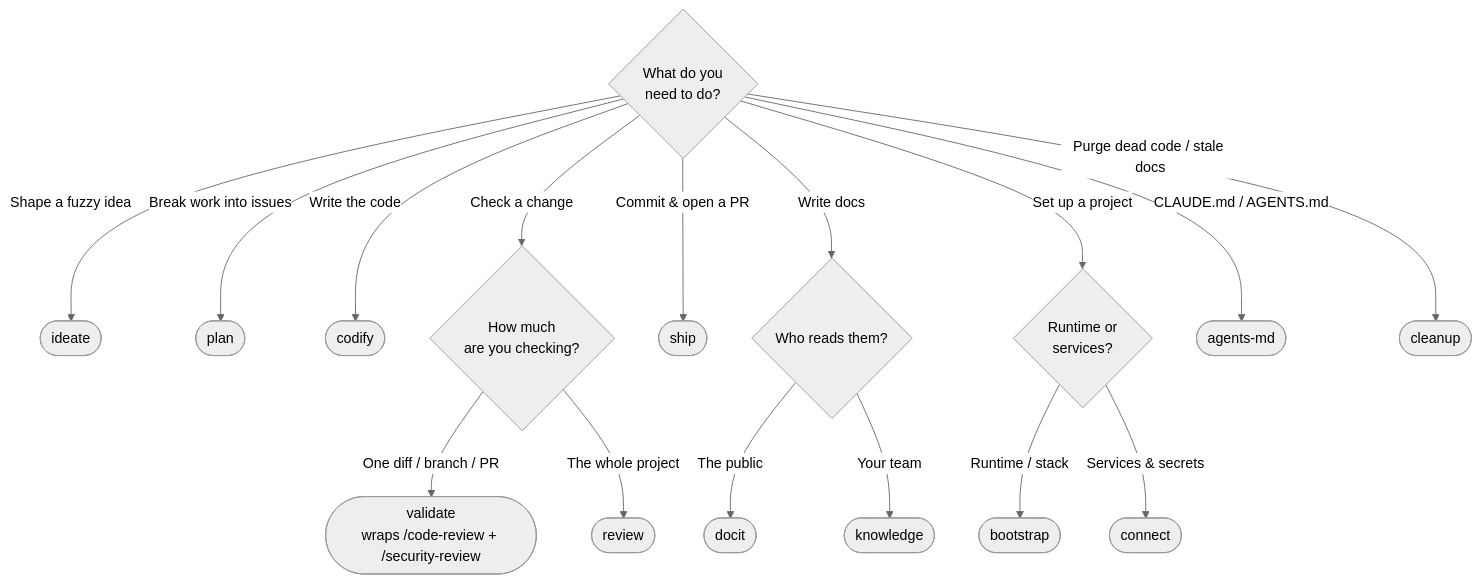
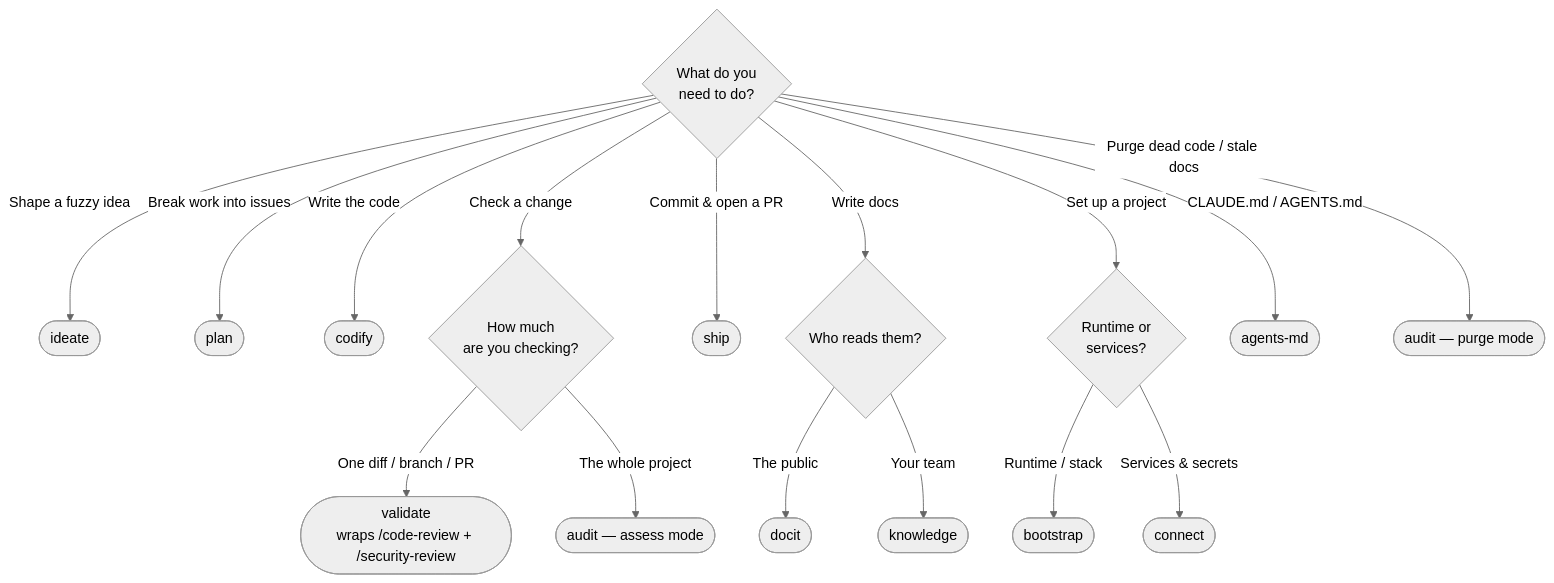
The diagram in plugins/spark/docs/reference/skills.md (jwogrady/spark), drawn with Mermaid (neutral theme) before and after one commit. The commit also changed other lines of this file and 23 other files, not shown here.

First line of the commit message:
feat: consolidate review and cleanup into one audit skill

````diff
--- a/plugins/spark/docs/reference/skills.md
+++ b/plugins/spark/docs/reference/skills.md
@@ -17,19 +17,19 @@
 ```mermaid
 flowchart TD
     Q{What do you<br/>need to do?}
     Q -->|Shape a fuzzy idea| I([ideate])
     Q -->|Break work into issues| P([plan])
     Q -->|Write the code| C([codify])
     Q -->|Check a change| R{How much<br/>are you checking?}
     R -->|One diff / branch / PR| FI([validate<br/>wraps /code-review + /security-review])
-    R -->|The whole project| RV([review])
+    R -->|The whole project| RV([audit — assess mode])
     Q -->|Commit & open a PR| S([ship])
     Q -->|Write docs| D{Who reads them?}
     D -->|The public| DO([docit])
     D -->|Your team| K([knowledge])
     Q -->|Set up a project| SU{Runtime or<br/>services?}
     SU -->|Runtime / stack| B([bootstrap])
     SU -->|Services & secrets| CN([connect])
     Q -->|CLAUDE.md / AGENTS.md| AM([agents-md])
-    Q -->|Purge dead code / stale docs| CL([cleanup])
+    Q -->|Purge dead code / stale docs| CL([audit — purge mode])
 ```
````
